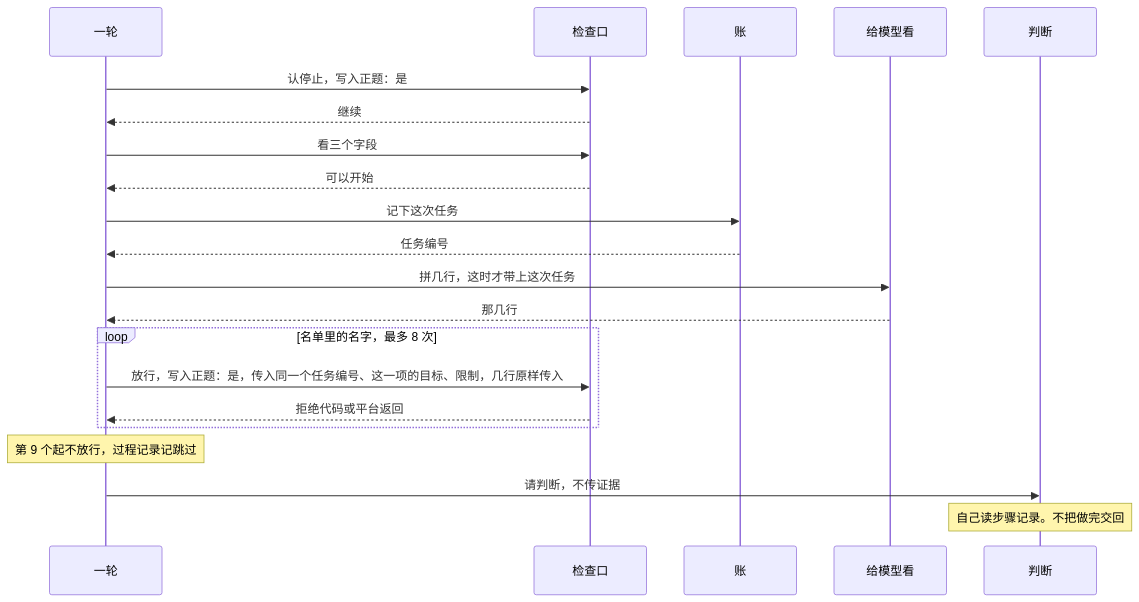
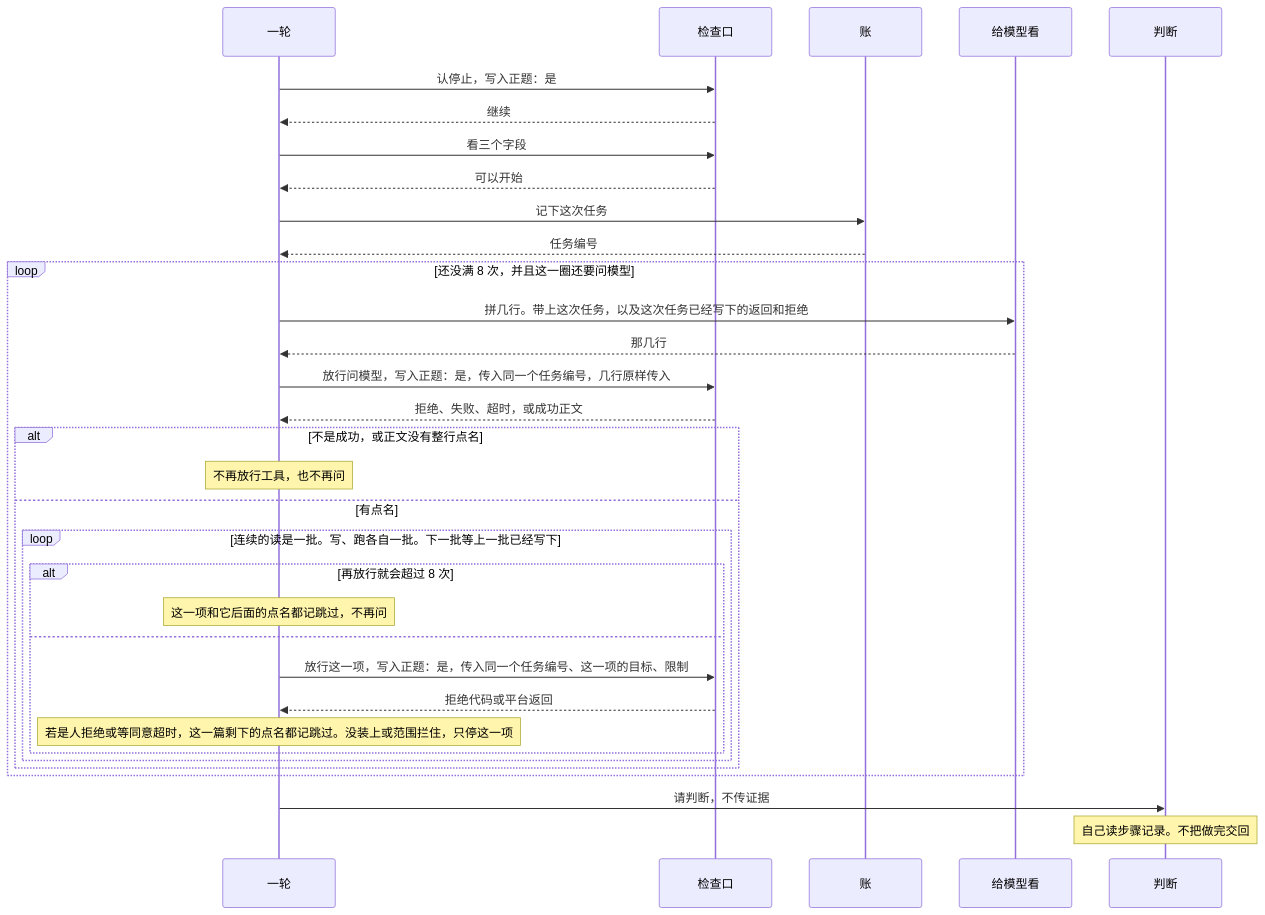
The fourth of 5 diagrams in docs/specs/一轮.md (zxpmail/tepeu), drawn with Mermaid before and after one commit. The commit also changed other lines of this file and 46 other files, not shown here.

````diff
--- a/docs/specs/一轮.md
+++ b/docs/specs/一轮.md
@@ -88,23 +94,35 @@
 ```mermaid
 sequenceDiagram
   participant round as 一轮
   participant gate as 检查口
   participant ledger as 账
   participant view as 给模型看
   participant judge as 判断
   round->>gate: 认停止，写入正题：是
   gate-->>round: 继续
   round->>gate: 看三个字段
   gate-->>round: 可以开始
   round->>ledger: 记下这次任务
   ledger-->>round: 任务编号
-  round->>view: 拼几行，这时才带上这次任务
-  view-->>round: 那几行
-  loop 名单里的名字，最多 8 次
-    round->>gate: 放行，写入正题：是，传入同一个任务编号、这一项的目标、限制，几行原样传入
-    gate-->>round: 拒绝代码或平台返回
+  loop 还没满 8 次，并且这一圈还要问模型
+    round->>view: 拼几行。带上这次任务，以及这次任务已经写下的返回和拒绝
+    view-->>round: 那几行
+    round->>gate: 放行问模型，写入正题：是，传入同一个任务编号，几行原样传入
+    gate-->>round: 拒绝、失败、超时，或成功正文
+    alt 不是成功，或正文没有整行点名
+      Note over round: 不再放行工具，也不再问
+    else 有点名
+      loop 连续的读是一批。写、跑各自一批。下一批等上一批已经写下
+        alt 再放行就会超过 8 次
+          Note over round: 这一项和它后面的点名都记跳过，不再问
+        else
+          round->>gate: 放行这一项，写入正题：是，传入同一个任务编号、这一项的目标、限制
+          gate-->>round: 拒绝代码或平台返回
+          Note over round: 若是人拒绝或等同意超时，这一篇剩下的点名都记跳过。没装上或范围拦住，只停这一项
+        end
+      end
+    end
   end
-  Note over round: 第 9 个起不放行，过程记录记跳过
   round->>judge: 请判断，不传证据
   Note over judge: 自己读步骤记录。不把做完交回
 ```
````
